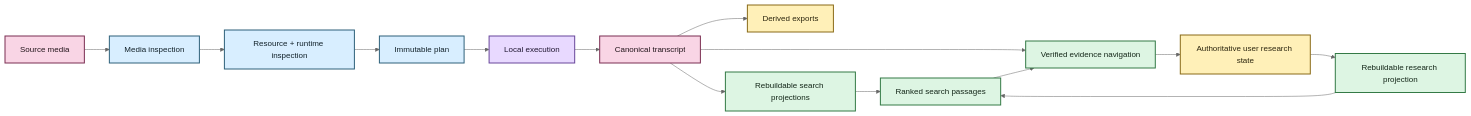
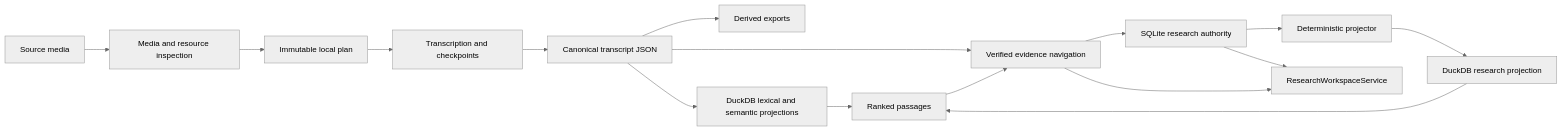
Before and after one commit to SSD1805/EchoFlow: the diagram in docs/architecture/README.md, drawn with Mermaid (neutral theme). The commit also changed other lines of this file, not shown here.

Commit message:
docs: refresh architecture index boundaries

````diff
--- a/docs/architecture/README.md
+++ b/docs/architecture/README.md
@@ -20,28 +20,18 @@
 ```mermaid
 flowchart LR
-    A[Source media] --> M[Media inspection]
-    M --> R[Resource + runtime inspection]
-    R --> P[Immutable plan]
-    P --> X[Local execution]
-    X --> C[Canonical transcript]
-    C --> E[Derived exports]
-    C --> L[Rebuildable search projections]
-    L --> S[Ranked search passages]
-    C --> N[Verified evidence navigation]
-    S --> N
-    N --> U[Authoritative user research state]
-    U --> RP[Rebuildable research projection]
-    RP --> S
-
-    classDef evidence fill:#F9D5E5,stroke:#7B2E52,stroke-width:2px,color:#22151B
-    classDef compute fill:#D8EEFF,stroke:#2E617B,stroke-width:2px,color:#12222A
-    classDef process fill:#E8D9FF,stroke:#68469B,stroke-width:2px,color:#1F1630
-    classDef publish fill:#FFF0B8,stroke:#8A6B18,stroke-width:2px,color:#2C260F
-    classDef result fill:#DDF5E3,stroke:#347A46,stroke-width:2px,color:#142719
-
-    class A,C evidence
-    class M,R,P compute
-    class X process
-    class E,U publish
-    class L,S,N,RP result
+    A[Source media] --> B[Media and resource inspection]
+    B --> C[Immutable local plan]
+    C --> D[Transcription and checkpoints]
+    D --> E[Canonical transcript JSON]
+    E --> F[Derived exports]
+    E --> G[DuckDB lexical and semantic projections]
+    G --> H[Ranked passages]
+    E --> I[Verified evidence navigation]
+    H --> I
+    I --> J[SQLite research authority]
+    J --> K[Deterministic projector]
+    K --> L[DuckDB research projection]
+    L --> H
+    J --> M[ResearchWorkspaceService]
+    I --> M
 ```
````
